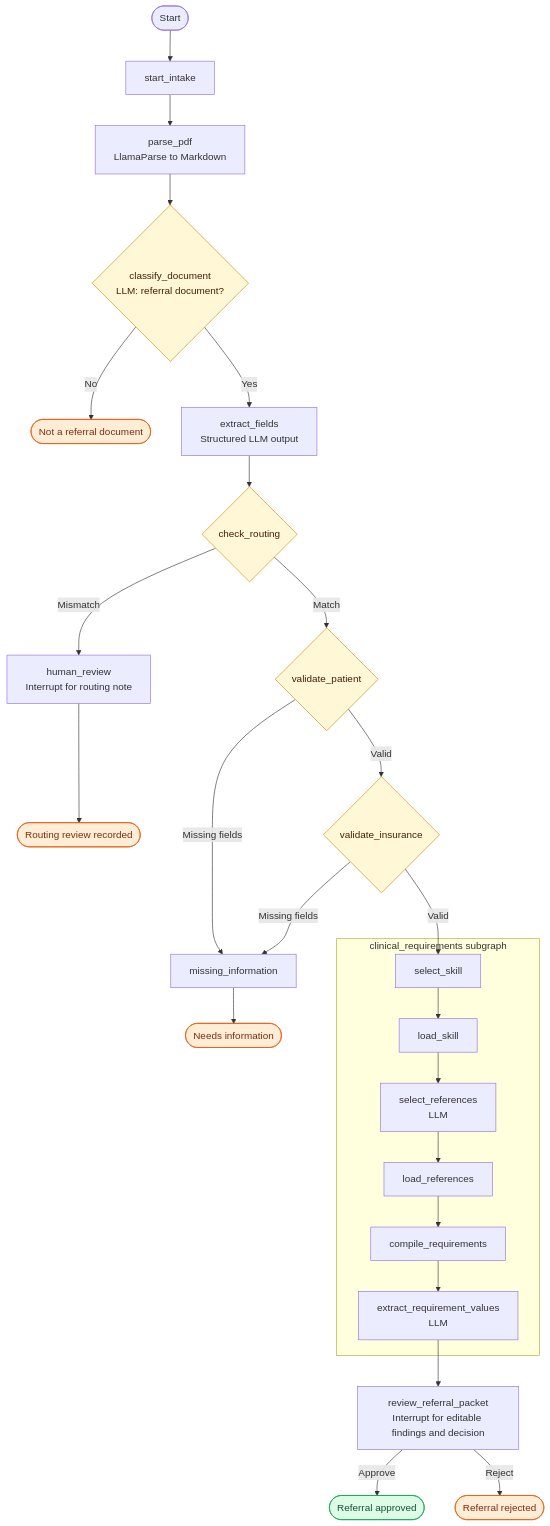
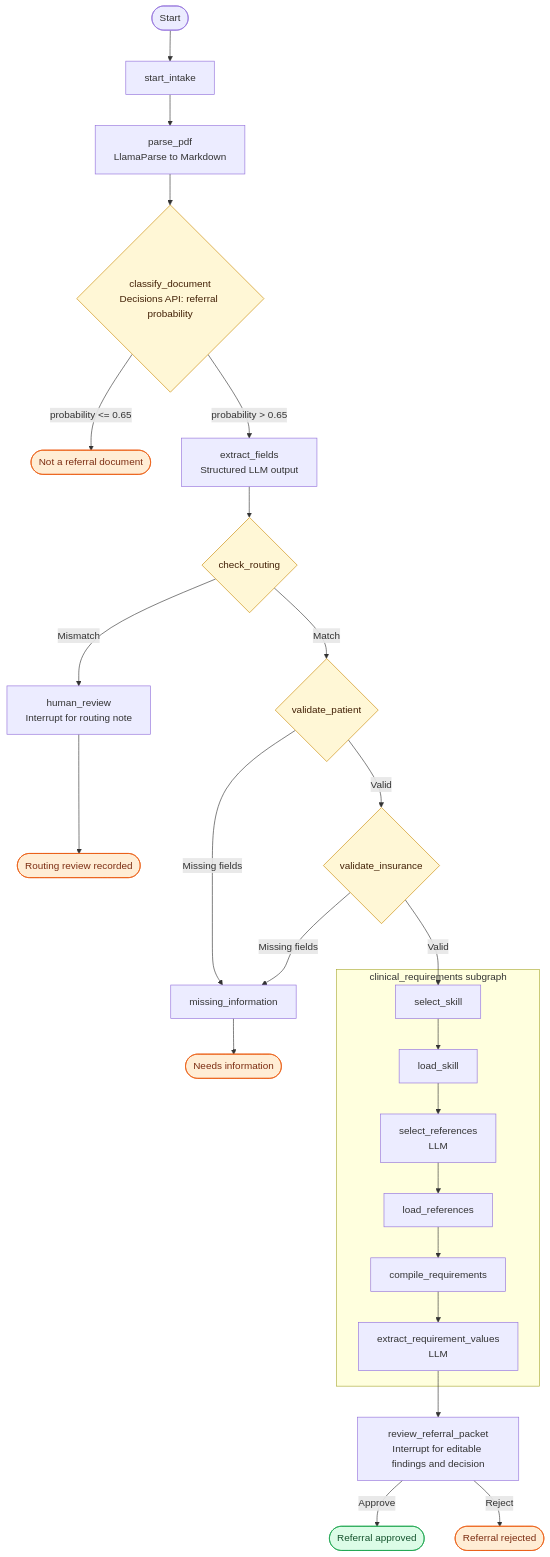
The diagram in README.md (MahanyaKochhar/Stream-IO), drawn with Mermaid before and after one commit. The commit also changed other lines of this file and 7 other files, not shown here.

Commit message:
Decisions API for classification Updated classification node for cheaper, faster classification

````diff
--- a/README.md
+++ b/README.md
@@ -14,36 +14,36 @@
 ```mermaid
 flowchart TD
     START([Start]) --> INIT[start_intake]
     INIT --> PARSE[parse_pdf<br/>LlamaParse to Markdown]
-    PARSE --> CLASSIFY{classify_document<br/>LLM: referral document?}
-    CLASSIFY -->|No| NOT_REFERRAL([Not a referral document])
-    CLASSIFY -->|Yes| EXTRACT[extract_fields<br/>Structured LLM output]
+    PARSE --> CLASSIFY{classify_document<br/>Decisions API: referral probability}
+    CLASSIFY -->|probability <= 0.65| NOT_REFERRAL([Not a referral document])
+    CLASSIFY -->|probability > 0.65| EXTRACT[extract_fields<br/>Structured LLM output]
     EXTRACT --> ROUTING{check_routing}
     ROUTING -->|Mismatch| HUMAN[human_review<br/>Interrupt for routing note]
     HUMAN --> REVIEWED([Routing review recorded])
     ROUTING -->|Match| PATIENT{validate_patient}
     PATIENT -->|Missing fields| MISSING[missing_information]
     PATIENT -->|Valid| INSURANCE{validate_insurance}
     INSURANCE -->|Missing fields| MISSING
     MISSING --> INCOMPLETE([Needs information])
     INSURANCE -->|Valid| SELECT_SKILL
 
     subgraph CLINICAL[clinical_requirements subgraph]
         SELECT_SKILL[select_skill] --> LOAD_SKILL[load_skill]
         LOAD_SKILL --> SELECT_REFS[select_references<br/>LLM]
         SELECT_REFS --> LOAD_REFS[load_references]
         LOAD_REFS --> COMPILE[compile_requirements]
         COMPILE --> FINDINGS[extract_requirement_values<br/>LLM]
     end
 
     FINDINGS --> REVIEW[review_referral_packet<br/>Interrupt for editable findings and decision]
     REVIEW -->|Approve| APPROVED([Referral approved])
     REVIEW -->|Reject| REJECTED([Referral rejected])
 
     classDef decision fill:#fff7d6,stroke:#ca8a04,color:#422006;
     classDef attention fill:#ffedd5,stroke:#ea580c,color:#7c2d12;
     classDef success fill:#dcfce7,stroke:#16a34a,color:#14532d;
     class CLASSIFY,ROUTING,PATIENT,INSURANCE decision;
     class NOT_REFERRAL,INCOMPLETE,REVIEWED,REJECTED attention;
     class APPROVED success;
 ```
````
